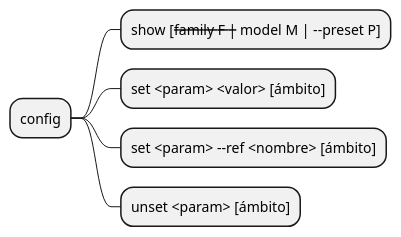
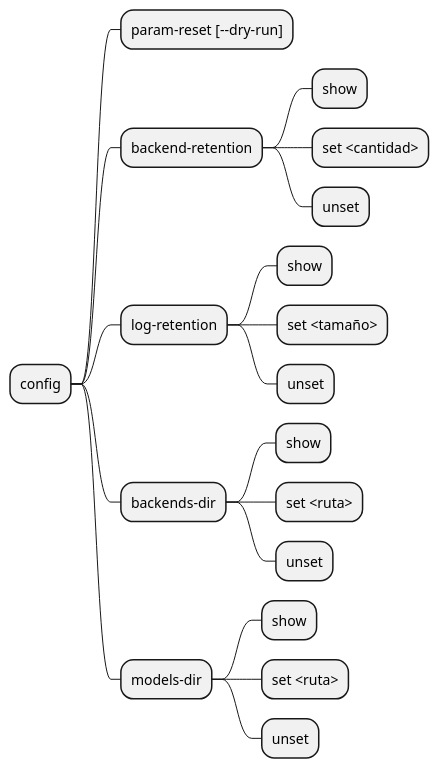
One commit to mstranich/coquena changed the sixth of 8 diagrams in docs/comandos.md. Above: the diagram before and after it, drawn with PlantUML. The commit also changed other lines of this file and 31 other files, not shown here.

````diff
--- a/docs/comandos.md
+++ b/docs/comandos.md
@@ -221,9 +298,22 @@
 ```plantuml
 @startmindmap
 * config
-** show [--family F | --model M | --preset P]
-** set <param> <valor> [ámbito]
-** set <param> --ref <nombre> [ámbito]
-** unset <param> [ámbito]
+** param-reset [--dry-run]
+** backend-retention
+*** show
+*** set <cantidad>
+*** unset
+** log-retention
+*** show
+*** set <tamaño>
+*** unset
+** backends-dir
+*** show
+*** set <ruta>
+*** unset
+** models-dir
+*** show
+*** set <ruta>
+*** unset
 @endmindmap
 ```
````
